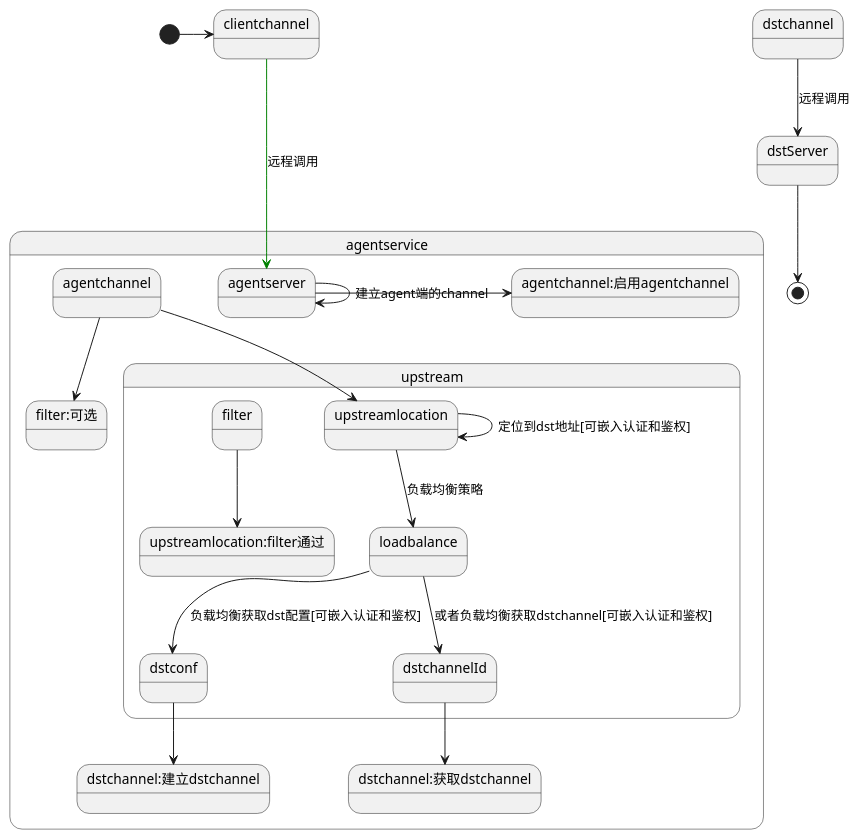
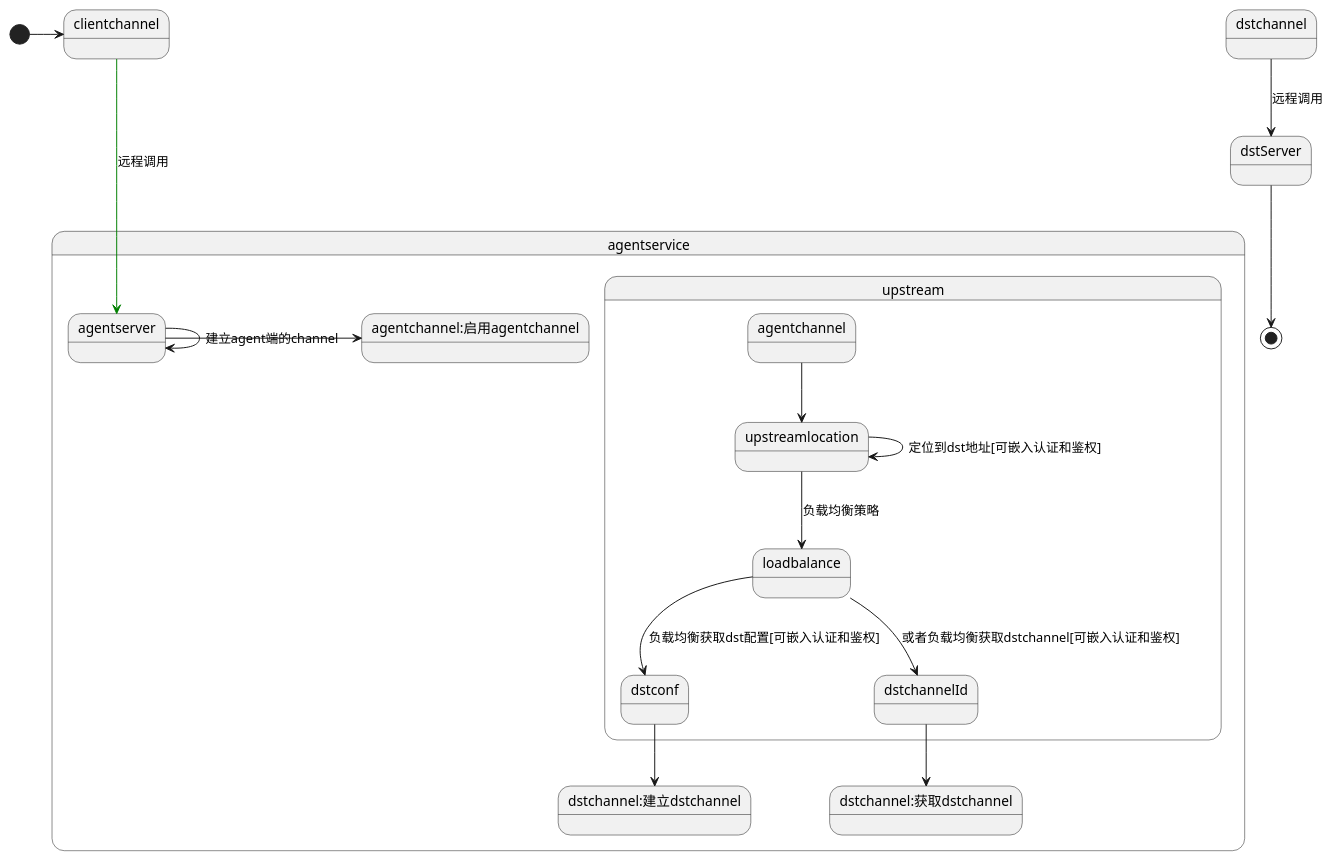
Before and after one commit to slive/gsfly-agent: the diagram in agservice.puml, drawn with PlantUML. The commit also changed 2 other files, not shown here.

```diff
--- a/agservice.puml
+++ b/agservice.puml
@@ -1,22 +1,20 @@
 @startuml
 [*] -> clientchannel
 state agentservice{
     clientchannel-[#green]-->agentserver :远程调用
     agentserver->agentserver :建立agent端的channel
     agentserver -> agentchannel:启用agentchannel
-    agentchannel --> filter:可选
     state upstream{
         agentchannel --> upstreamlocation
-        filter -->upstreamlocation:filter通过
         upstreamlocation--> upstreamlocation :定位到dst地址[可嵌入认证和鉴权]
         upstreamlocation --> loadbalance :负载均衡策略
         loadbalance-->dstconf :负载均衡获取dst配置[可嵌入认证和鉴权]
         loadbalance-->dstchannelId :或者负载均衡获取dstchannel[可嵌入认证和鉴权]
     }
     dstchannelId-->dstchannel:获取dstchannel
     dstconf-->dstchannel:建立dstchannel
 }
 dstchannel --> dstServer :远程调用
 dstServer-->[*]
 
 @enduml
```
